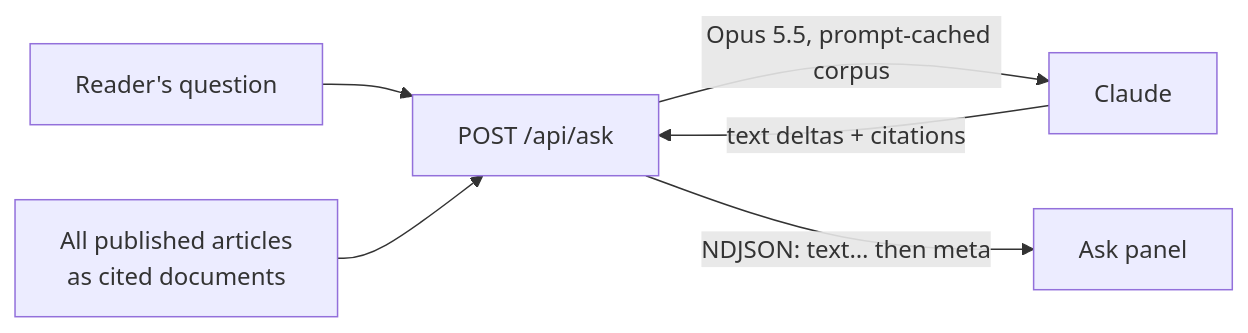
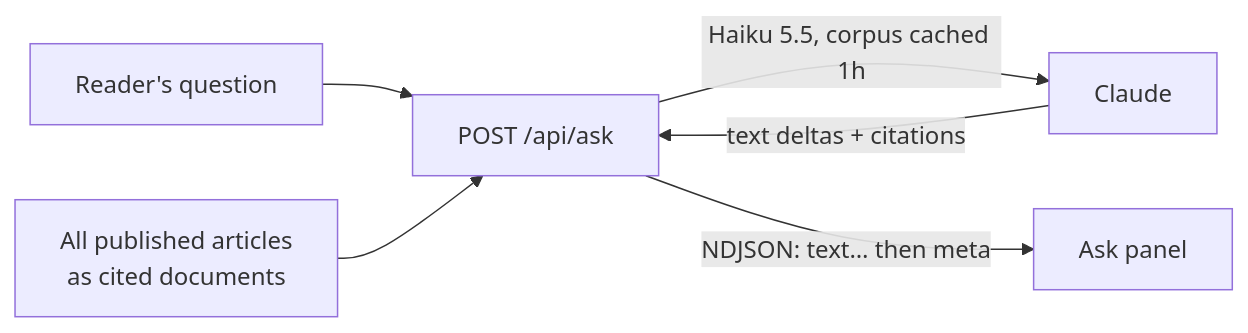
One commit to naveennraja/SaffronIsle changed the second of 3 diagrams in README.md. Above: the diagram before and after it, drawn with Mermaid. The commit also changed other lines of this file and 2 other files, not shown here.

First line of the commit message:
Answer with Haiku 5.5 and cache the articles for an hour

````diff
--- a/README.md
+++ b/README.md
@@ -167,8 +167,8 @@
 ```mermaid
 flowchart LR
     Q[Reader's question] --> R[POST /api/ask]
     A[All published articles<br/>as cited documents] --> R
-    R -->|Opus 5.5, prompt-cached corpus| C[Claude]
+    R -->|Haiku 5.5, corpus cached 1h| C[Claude]
     C -->|text deltas + citations| R
     R -->|NDJSON: text… then meta| P[Ask panel]
 ```
````
